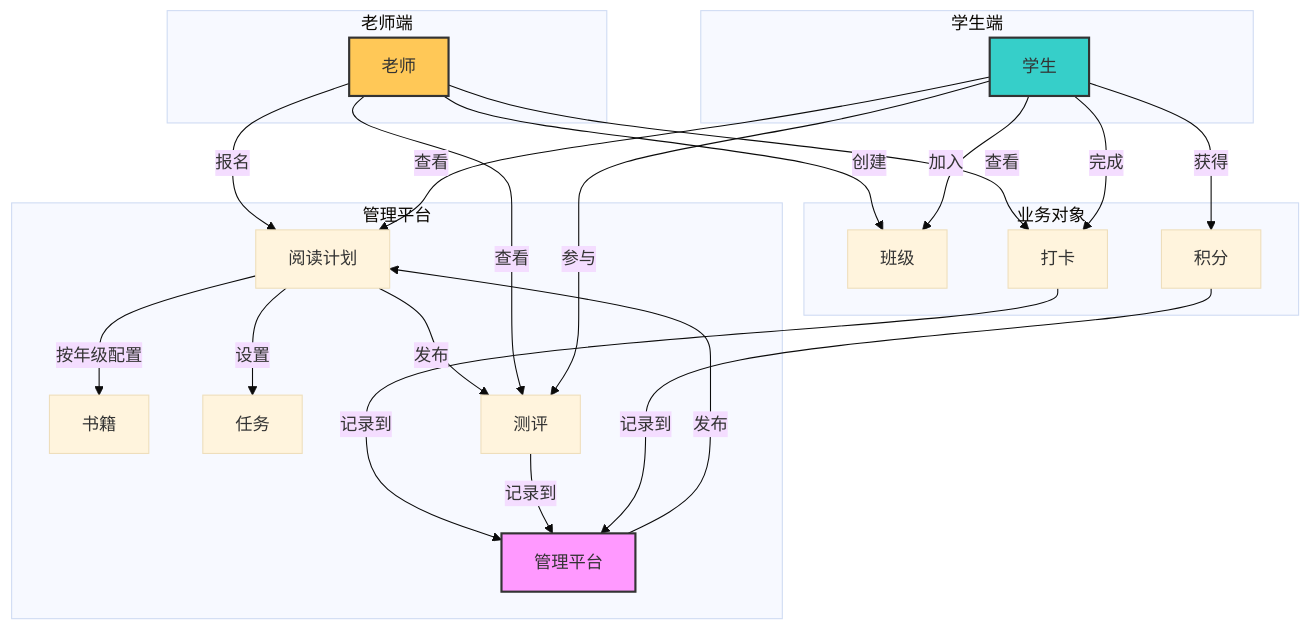
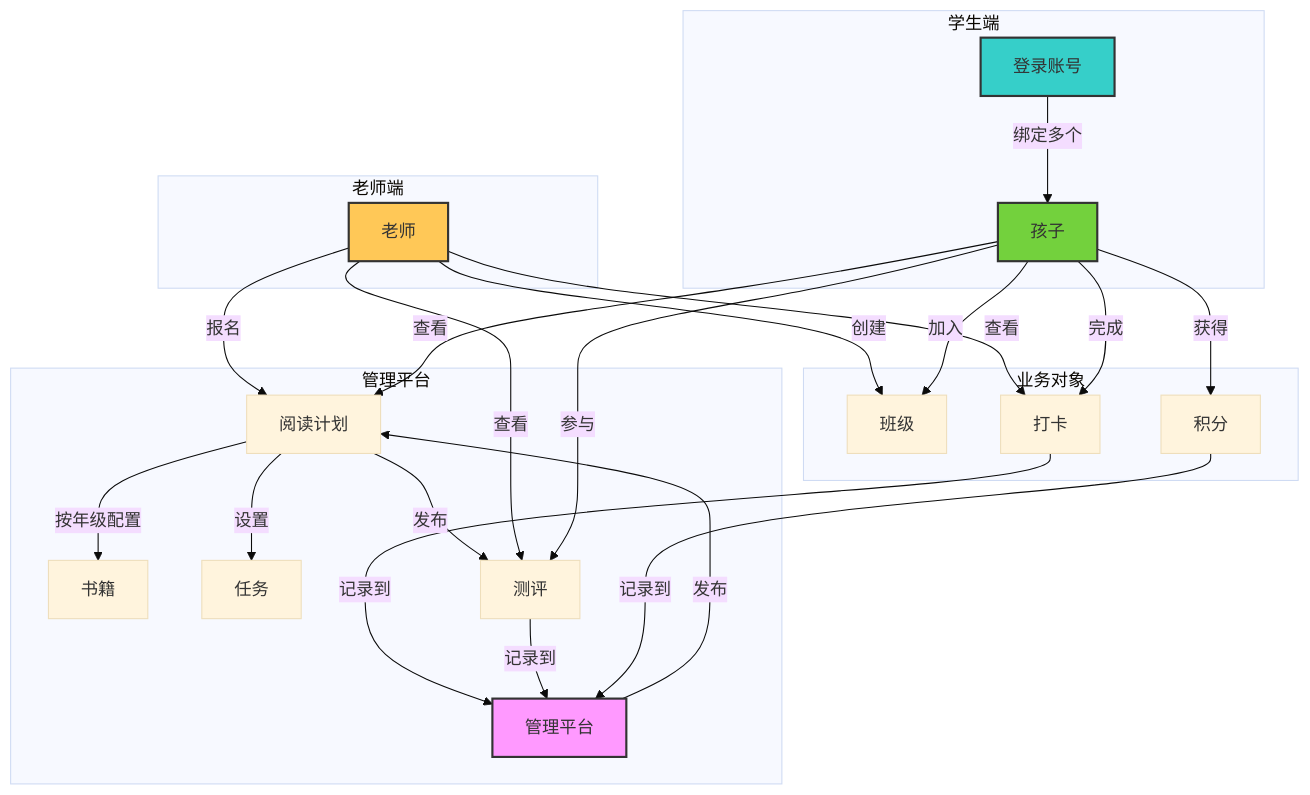
Before and after one commit to 22816523/math-kids: the eighth of 18 diagrams in 2-AI伴读V1.0/PRD文档/校校读吧学生端PRD_V1.0.md, drawn with Mermaid (base theme). The commit also changed other lines of this file, not shown here.

Commit message:
docs(ai-reading): update student PRD for multi-child support

````diff
--- a/2-AI伴读V1.0/PRD文档/校校读吧学生端PRD_V1.0.md
+++ b/2-AI伴读V1.0/PRD文档/校校读吧学生端PRD_V1.0.md
@@ -585,48 +608,51 @@
 ```mermaid
 graph TB
     subgraph 老师端
         Teacher[老师]
     end
 
     subgraph 学生端
-        Student[学生]
+        Account[登录账号]
+        Child[孩子]
     end
 
     subgraph 管理平台
         Admin[管理平台]
         Plan[阅读计划]
         Book[书籍]
         Task[任务]
         Exam[测评]
     end
 
     subgraph 业务对象
         Class[班级]
         CheckIn[打卡]
         Points[积分]
     end
 
     Admin -->|发布| Plan
     Plan -->|按年级配置| Book
     Plan -->|设置| Task
     Plan -->|发布| Exam
 
     Teacher -->|创建| Class
     Teacher -->|报名| Plan
     Teacher -->|查看| CheckIn
     Teacher -->|查看| Exam
 
-    Student -->|加入| Class
-    Student -->|查看| Plan
-    Student -->|完成| CheckIn
-    Student -->|参与| Exam
-    Student -->|获得| Points
+    Account -->|绑定多个| Child
+    Child -->|加入| Class
+    Child -->|查看| Plan
+    Child -->|完成| CheckIn
+    Child -->|参与| Exam
+    Child -->|获得| Points
 
     CheckIn -->|记录到| Admin
     Exam -->|记录到| Admin
     Points -->|记录到| Admin
 
     style Teacher fill:#FFC857,stroke:#333,stroke-width:2px
-    style Student fill:#36CFC9,stroke:#333,stroke-width:2px
+    style Account fill:#36CFC9,stroke:#333,stroke-width:2px
+    style Child fill:#73D13D,stroke:#333,stroke-width:2px
     style Admin fill:#f9f,stroke:#333,stroke-width:2px
 ```
````
